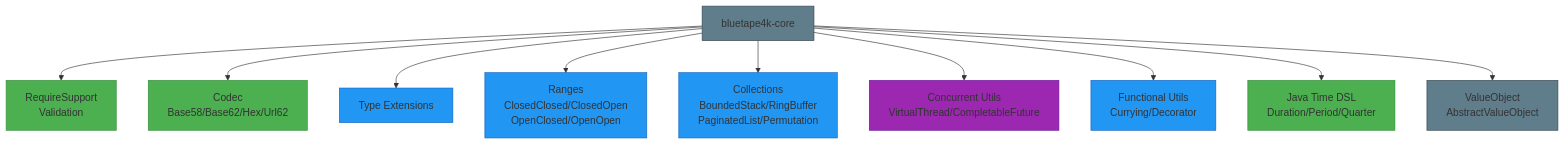
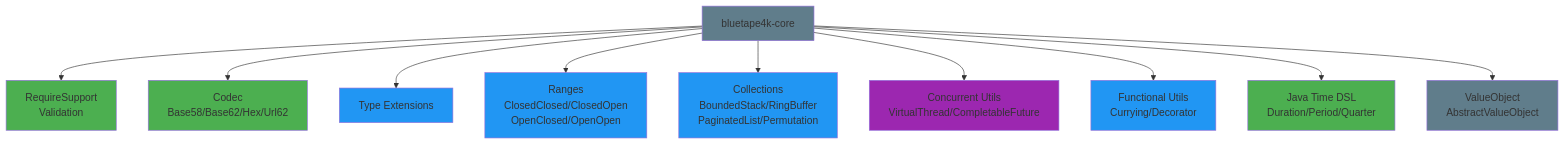
One commit to bluetape4k/bluetape4k-projects changed the first of 3 diagrams in bluetape4k/core/README.md. Above: the diagram before and after it, drawn with Mermaid. The commit also changed other lines of this file and 94 other files, not shown here.

First line of the commit message:
docs: Mermaid classDef에서 stroke:#색상 제거 (파서 오류 수정)

````diff
--- a/bluetape4k/core/README.md
+++ b/bluetape4k/core/README.md
@@ -9,28 +9,28 @@
 ```mermaid
 flowchart TD
     Core["bluetape4k-core"]:::coreStyle
     Validation["RequireSupport<br/>Validation"]:::serviceStyle
     Codec["Codec<br/>Base58/Base62/Hex/Url62"]:::serviceStyle
     Extensions["Type Extensions"]:::utilStyle
     Ranges["Ranges<br/>ClosedClosed/ClosedOpen<br/>OpenClosed/OpenOpen"]:::utilStyle
     Collections["Collections<br/>BoundedStack/RingBuffer<br/>PaginatedList/Permutation"]:::utilStyle
     Concurrent["Concurrent Utils<br/>VirtualThread/CompletableFuture"]:::asyncStyle
     Functional["Functional Utils<br/>Currying/Decorator"]:::utilStyle
     Time["Java Time DSL<br/>Duration/Period/Quarter"]:::serviceStyle
     ValueObject["ValueObject<br/>AbstractValueObject"]:::coreStyle
 
     Core --> Validation
     Core --> Codec
     Core --> Extensions
     Core --> Ranges
     Core --> Collections
     Core --> Concurrent
     Core --> Functional
     Core --> Time
     Core --> ValueObject
 
-    classDef coreStyle    fill:#607D8B,stroke:#37474F
-    classDef serviceStyle fill:#4CAF50,stroke:#388E3C
-    classDef utilStyle    fill:#2196F3,stroke:#1565C0
-    classDef asyncStyle   fill:#9C27B0,stroke:#6A1B9A
+    classDef coreStyle    fill:#607D8B
+    classDef serviceStyle fill:#4CAF50
+    classDef utilStyle    fill:#2196F3
+    classDef asyncStyle   fill:#9C27B0
 ```
````
